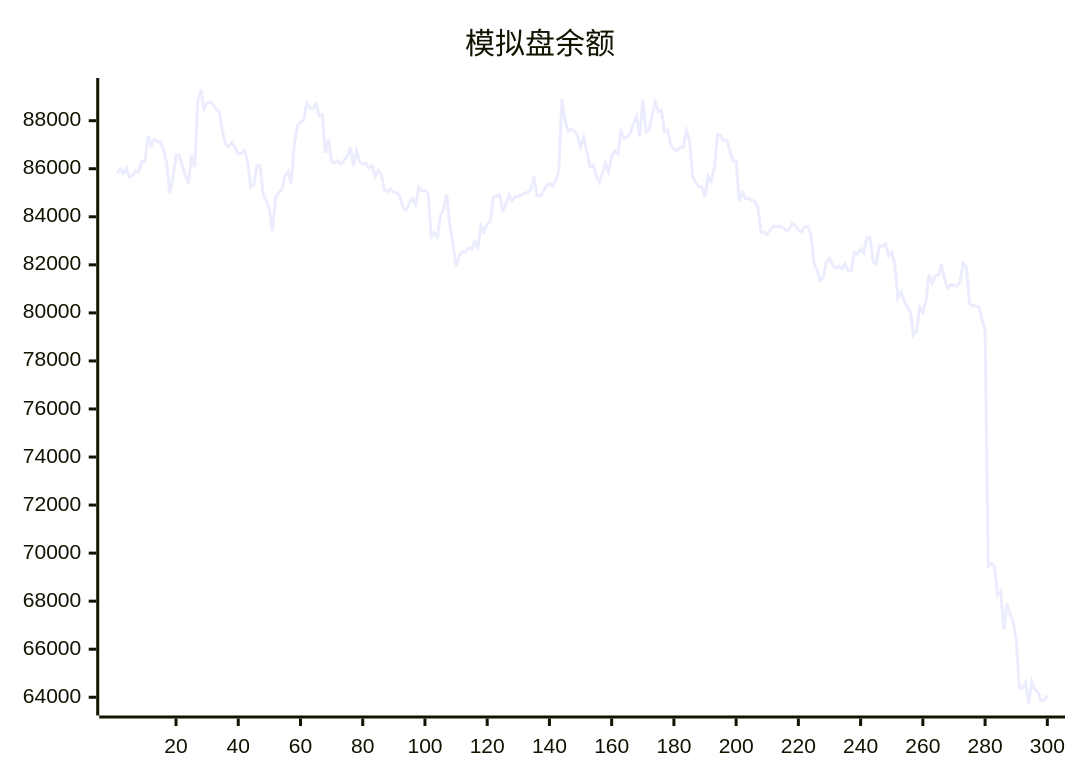
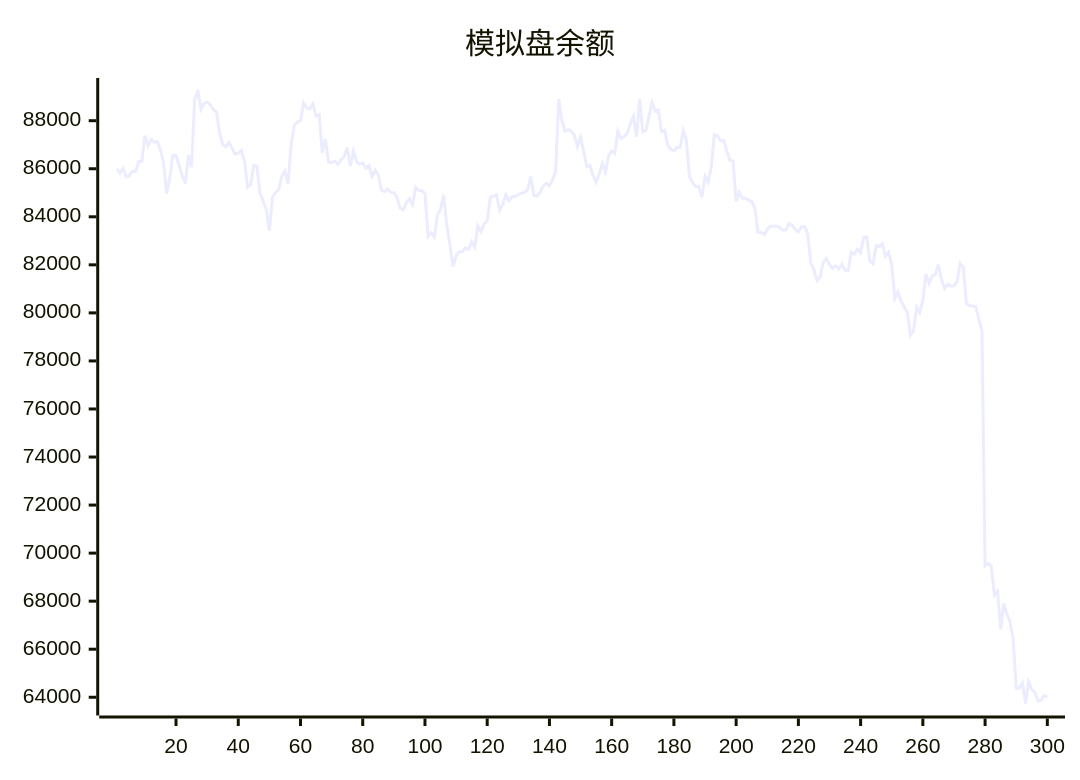
One commit to aahl/ai-trading changed the diagram in README.md. Above: the diagram before and after it, drawn with Mermaid. The commit also changed other lines of this file and 1 other file, not shown here.

````diff
--- a/README.md
+++ b/README.md
@@ -5,5 +5,5 @@
 ```mermaid
 xychart
     title "模拟盘余额"
-    line [85802,86003,85811,86028,85657,85721,85896,85880,86300,86299,87378,86965,87214,87115,87118,86780,86238,84966,85623,86555,86562,86129,85722,85387,86569,86070,88870,89278,88477,88720,88781,88668,88467,88372,87493,87018,86917,87102,86870,86613,86644,86758,86317,85242,85334,86149,86106,84968,84671,84302,83410,84816,85001,85127,85693,85891,85384,87001,87811,87945,88007,88734,88528,88495,88705,88189,88248,86662,87234,86279,86251,86314,86177,86364,86503,86886,86114,86731,86310,86176,86240,86017,86136,85685,85938,85749,85111,85044,85164,85016,85008,84824,84354,84287,84572,84745,84500,85234,85096,85095,84970,83180,83338,83157,84070,84309,84922,83667,82850,81924,82369,82552,82539,82695,82648,82962,82728,83619,83378,83710,83825,84819,84854,84917,84265,84527,84919,84668,84834,84850,84916,84981,85004,85131,85674,84891,84864,85019,85284,85393,85294,85538,85894,88904,88012,87567,87625,87568,87386,86920,87313,86737,86094,86143,85725,85437,85787,86219,85859,86526,86740,86630,87563,87264,87335,87483,87886,88180,87335,88894,87544,87608,88207,88755,88401,88444,87543,87608,87000,86810,86740,86894,86884,87576,87209,85686,85435,85251,85255,84820,85689,85453,86066,87420,87373,87161,87178,86740,86341,86315,84643,85012,84772,84768,84690,84635,84376,83360,83357,83259,83474,83608,83606,83602,83548,83440,83454,83724,83644,83464,83365,83590,83592,83275,82072,81806,81344,81492,82109,82254,82006,81848,81955,81829,82022,81769,81776,82522,82441,82656,82498,83144,83144,82150,82038,82797,82763,82872,82367,82536,81981,80612,80862,80484,80242,80034,79063,79245,80226,80016,80507,81625,81233,81544,81578,82016,81401,81019,81186,81130,81118,81306,82066,81909,80392,80304,80291,80258,79729,79261,69466,69579,69456,68251,68415,66832,67911,67462,67144,66432,64380,64375,64606,63740,64647,64324,64216,63842,63877,64078]
+    line [86003,85811,86028,85657,85721,85896,85880,86300,86299,87378,86965,87214,87115,87118,86780,86238,84966,85623,86555,86562,86129,85722,85387,86569,86070,88870,89278,88477,88720,88781,88668,88467,88372,87493,87018,86917,87102,86870,86613,86644,86758,86317,85242,85334,86149,86106,84968,84671,84302,83410,84816,85001,85127,85693,85891,85384,87001,87811,87945,88007,88734,88528,88495,88705,88189,88248,86662,87234,86279,86251,86314,86177,86364,86503,86886,86114,86731,86310,86176,86240,86017,86136,85685,85938,85749,85111,85044,85164,85016,85008,84824,84354,84287,84572,84745,84500,85234,85096,85095,84970,83180,83338,83157,84070,84309,84922,83667,82850,81924,82369,82552,82539,82695,82648,82962,82728,83619,83378,83710,83825,84819,84854,84917,84265,84527,84919,84668,84834,84850,84916,84981,85004,85131,85674,84891,84864,85019,85284,85393,85294,85538,85894,88904,88012,87567,87625,87568,87386,86920,87313,86737,86094,86143,85725,85437,85787,86219,85859,86526,86740,86630,87563,87264,87335,87483,87886,88180,87335,88894,87544,87608,88207,88755,88401,88444,87543,87608,87000,86810,86740,86894,86884,87576,87209,85686,85435,85251,85255,84820,85689,85453,86066,87420,87373,87161,87178,86740,86341,86315,84643,85012,84772,84768,84690,84635,84376,83360,83357,83259,83474,83608,83606,83602,83548,83440,83454,83724,83644,83464,83365,83590,83592,83275,82072,81806,81344,81492,82109,82254,82006,81848,81955,81829,82022,81769,81776,82522,82441,82656,82498,83144,83144,82150,82038,82797,82763,82872,82367,82536,81981,80612,80862,80484,80242,80034,79063,79245,80226,80016,80507,81625,81233,81544,81578,82016,81401,81019,81186,81130,81118,81306,82066,81909,80392,80304,80291,80258,79729,79261,69466,69579,69456,68251,68415,66832,67911,67462,67144,66432,64380,64375,64606,63740,64647,64324,64216,63842,63877,64078,64008]
 ```
````
